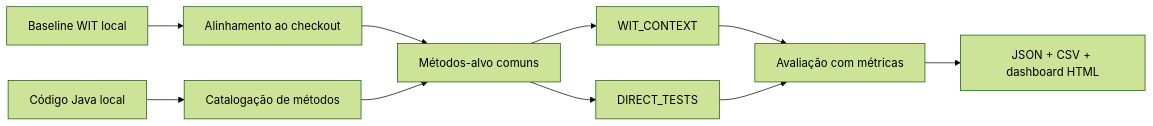
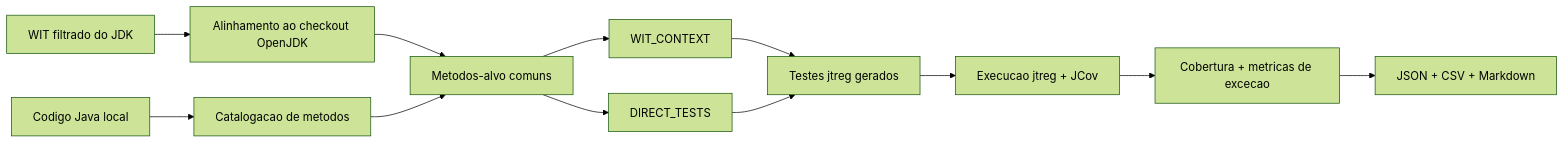
Before and after one commit to marcelomamorim/wit-llm: the diagram in docs/index.md, drawn with Mermaid (forest theme). The commit also changed other lines of this file and 34 other files, not shown here.

````diff
--- a/docs/index.md
+++ b/docs/index.md
@@ -28,12 +33,14 @@
 ```mermaid
 graph LR
-    A["Baseline WIT local"] --> B["Alinhamento ao checkout"]
-    C["Código Java local"] --> D["Catalogação de métodos"]
-    B --> E["Métodos-alvo comuns"]
+    A["WIT filtrado do JDK"] --> B["Alinhamento ao checkout OpenJDK"]
+    C["Codigo Java local"] --> D["Catalogacao de metodos"]
+    B --> E["Metodos-alvo comuns"]
     D --> E
     E --> F["WIT_CONTEXT"]
     E --> G["DIRECT_TESTS"]
-    F --> H["Avaliação com métricas"]
+    F --> H["Testes jtreg gerados"]
     G --> H
-    H --> I["JSON + CSV + dashboard HTML"]
+    H --> I["Execucao jtreg + JCov"]
+    I --> J["Cobertura + metricas de excecao"]
+    J --> K["JSON + CSV + Markdown"]
 ```
````
